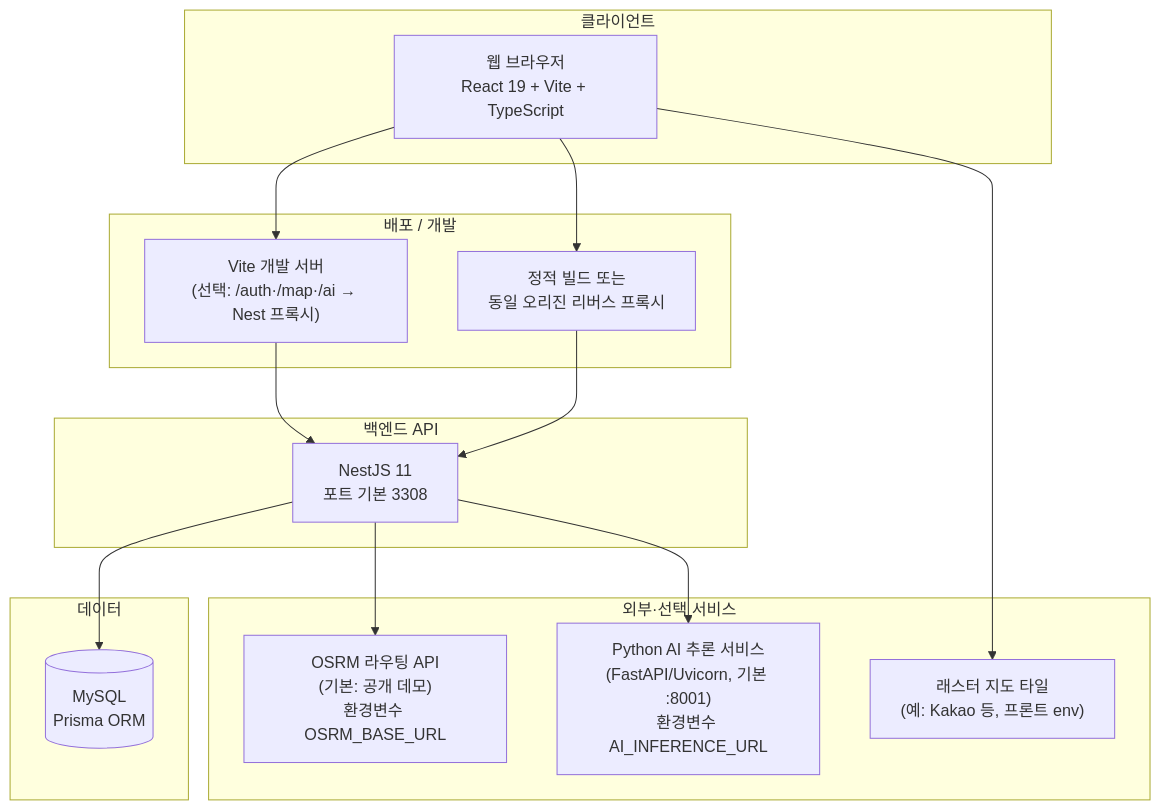
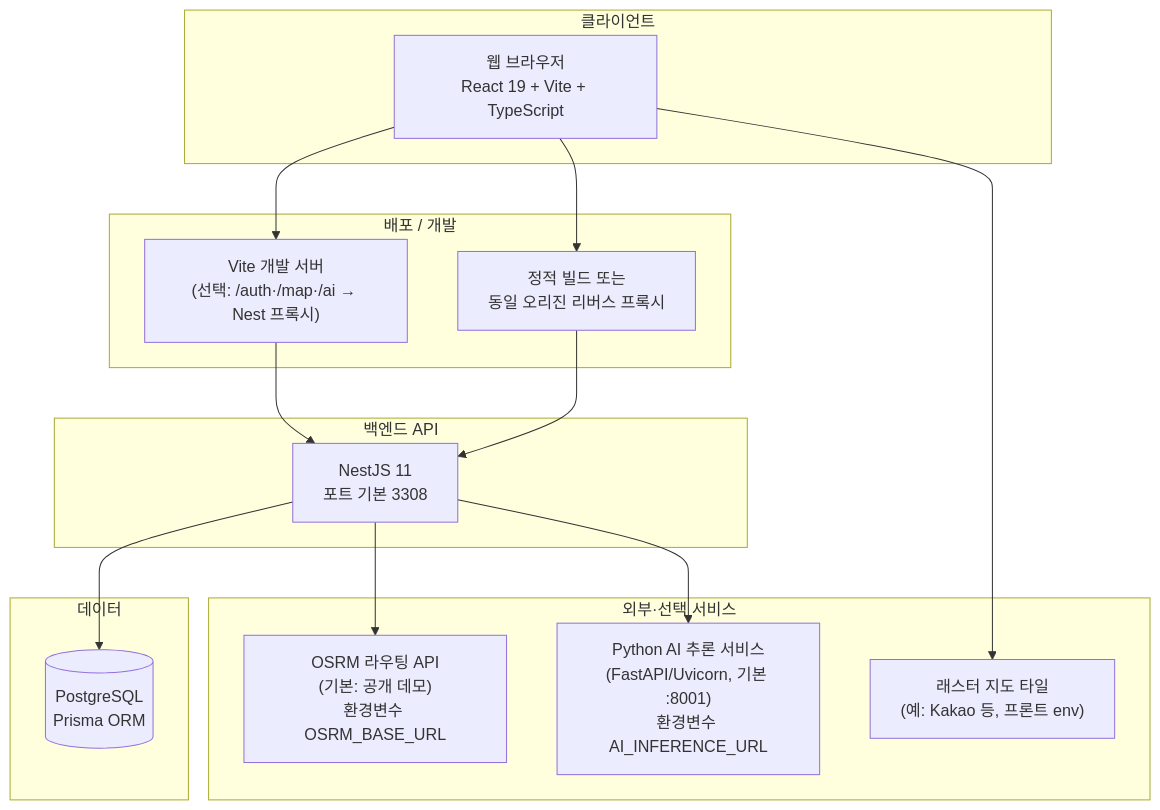
One commit to pbzz1/hanhwa_final changed the first of 6 diagrams in docs/ARCHITECTURE.md. Above: the diagram before and after it, drawn with Mermaid. The commit also changed other lines of this file and 19 other files, not shown here.

First line of the commit message:
chore: Vercel·Render 배포 설정 및 Prisma PostgreSQL 전환

````diff
--- a/docs/ARCHITECTURE.md
+++ b/docs/ARCHITECTURE.md
@@ -17,34 +17,34 @@
 ```mermaid
 flowchart TB
   subgraph Client["클라이언트"]
     Browser["웹 브라우저\nReact 19 + Vite + TypeScript"]
   end
 
   subgraph Edge["배포 / 개발"]
     ViteDev["Vite 개발 서버\n(선택: /auth·/map·/ai → Nest 프록시)"]
     Static["정적 빌드 또는\n동일 오리진 리버스 프록시"]
   end
 
   subgraph API["백엔드 API"]
     Nest["NestJS 11\n포트 기본 3308"]
   end
 
   subgraph Data["데이터"]
-    DB[("MySQL\nPrisma ORM")]
+    DB[("PostgreSQL\nPrisma ORM")]
   end
 
   subgraph External["외부·선택 서비스"]
     OSRM["OSRM 라우팅 API\n(기본: 공개 데모)\n환경변수 OSRM_BASE_URL"]
     Tiles["래스터 지도 타일\n(예: Kakao 등, 프론트 env)"]
     PyAI["Python AI 추론 서비스\n(FastAPI/Uvicorn, 기본 :8001)\n환경변수 AI_INFERENCE_URL"]
   end
 
   Browser --> ViteDev
   Browser --> Static
   ViteDev --> Nest
   Static --> Nest
   Nest --> DB
   Nest --> OSRM
   Nest --> PyAI
   Browser --> Tiles
 ```
````
